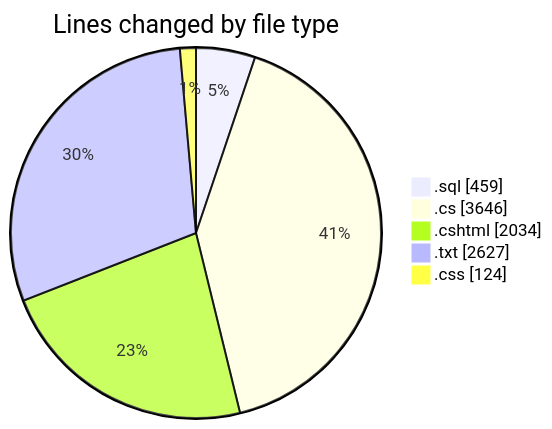
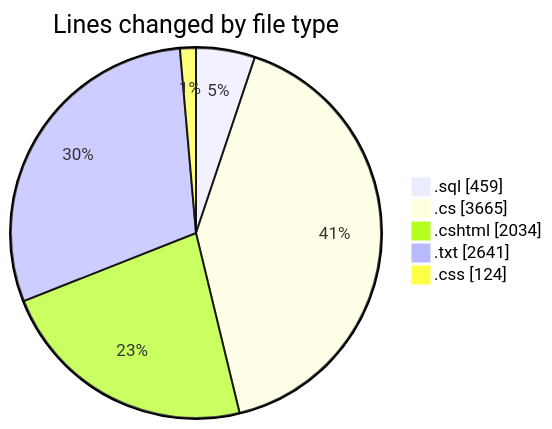
One commit to lephambinh05/code-tracking changed the first of 2 diagrams in 2025-07-23/quanlyrapchieuphim/README.md. Above: the diagram before and after it, drawn with Mermaid. The commit also changed other lines of this file and 1 other file, not shown here.

````diff
--- a/2025-07-23/quanlyrapchieuphim/README.md
+++ b/2025-07-23/quanlyrapchieuphim/README.md
@@ -34,9 +34,9 @@
 ```mermaid
 pie showData
 title Lines changed by file type
 ".sql" : 459
-".cs" : 3646
+".cs" : 3665
 ".cshtml" : 2034
-".txt" : 2627
+".txt" : 2641
 ".css" : 124
 ```
````
